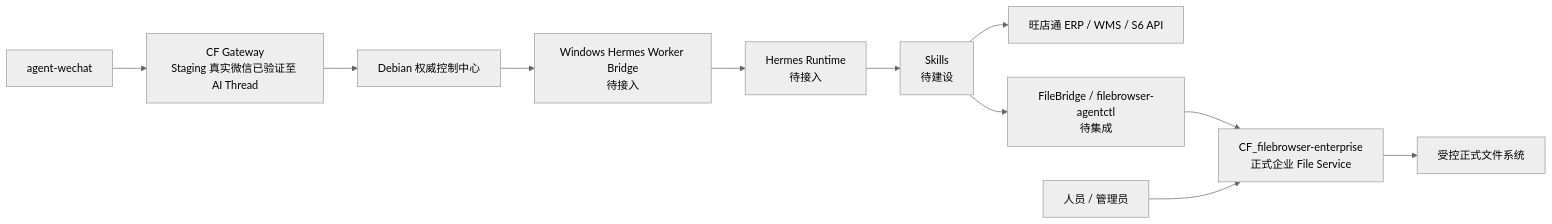
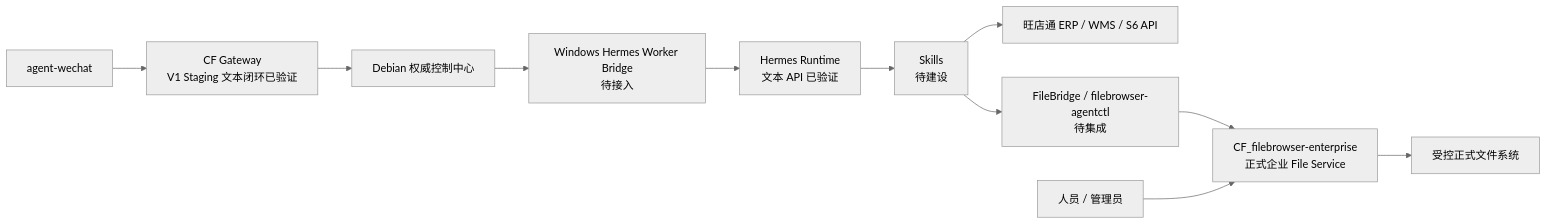
The diagram in architecture/component-map.md (Tangbohu09527/CF_ecommerce-automation-docs), drawn with Mermaid (neutral theme) before and after one commit. The commit also changed other lines of this file and 20 other files, not shown here.

Commit message:
docs: update V1 staging architecture and validation records

````diff
--- a/architecture/component-map.md
+++ b/architecture/component-map.md
@@ -23,13 +23,13 @@
 ```mermaid
 flowchart LR
-    A["agent-wechat"] --> G["CF Gateway<br/>Staging 真实微信已验证至 AI Thread"]
+    A["agent-wechat"] --> G["CF Gateway<br/>V1 Staging 文本闭环已验证"]
     G --> D["Debian 权威控制中心"]
     D --> B["Windows Hermes Worker Bridge<br/>待接入"]
-    B --> H["Hermes Runtime<br/>待接入"]
+    B --> H["Hermes Runtime<br/>文本 API 已验证"]
     H --> S["Skills<br/>待建设"]
     S --> E["旺店通 ERP / WMS / S6 API"]
     S --> C["FileBridge / filebrowser-agentctl<br/>待集成"]
     C --> F["CF_filebrowser-enterprise<br/>正式企业 File Service"]
     U["人员 / 管理员"] --> F
     F --> FS["受控正式文件系统"]
 ```
````
